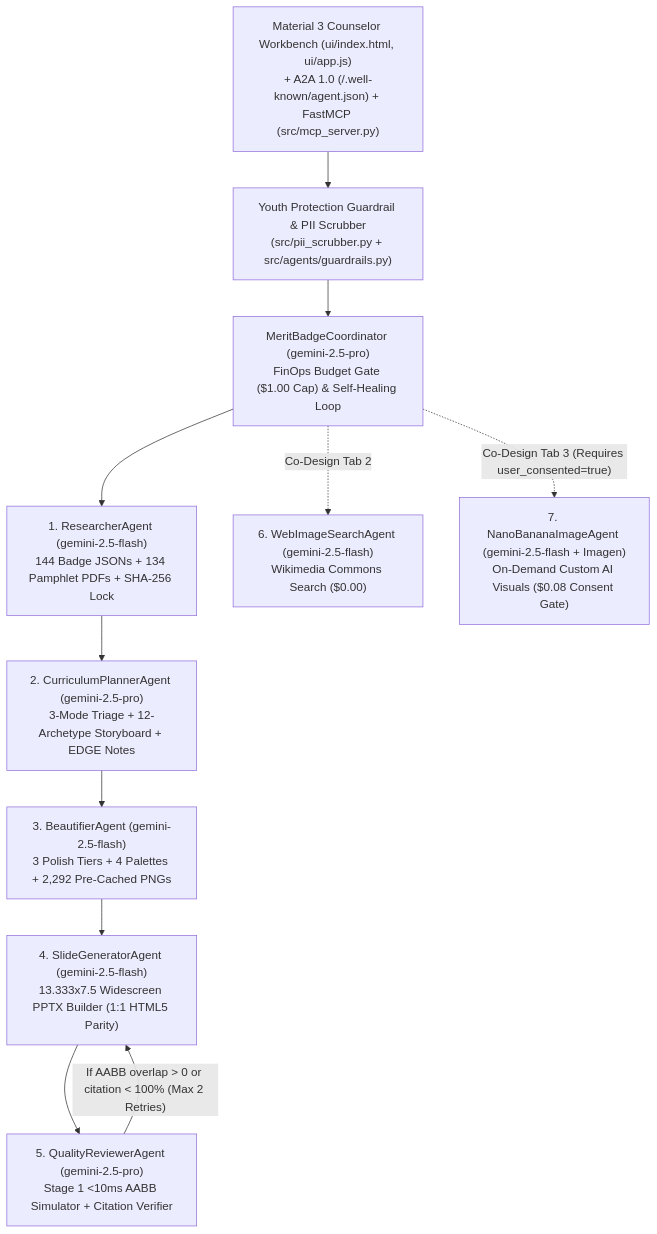
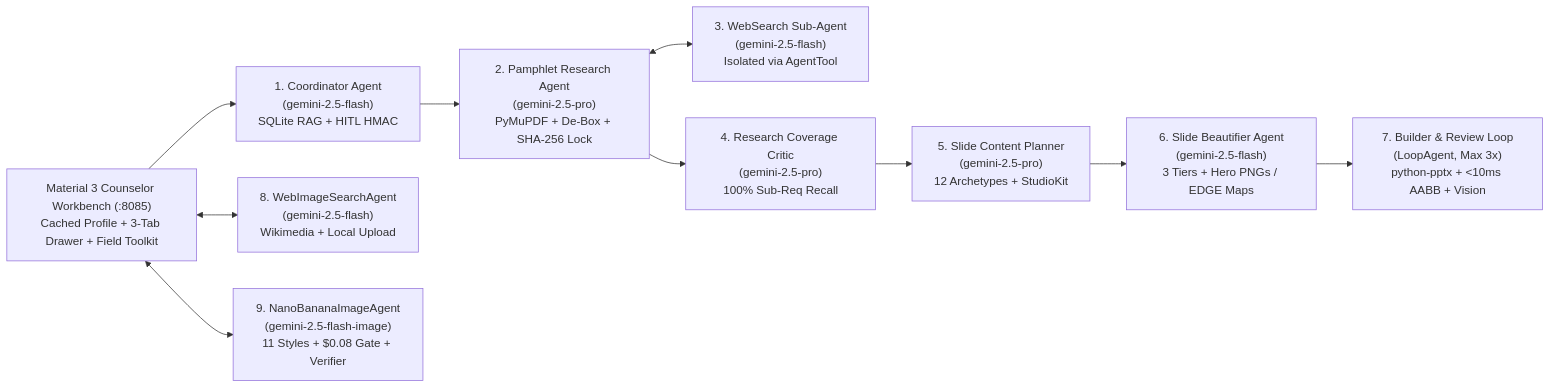
One commit to clayberg/scouts-bsa-merit-badge-agent changed the diagram in docs/TDD.md. Above: the diagram before and after it, drawn with Mermaid. The commit also changed other lines of this file and 14 other files, not shown here.

````diff
--- a/docs/TDD.md
+++ b/docs/TDD.md
@@ -25,20 +68,12 @@
 ```mermaid
-flowchart TD
-    UI["Material 3 Counselor Workbench (ui/index.html, ui/app.js)\n+ A2A 1.0 (/.well-known/agent.json) + FastMCP (src/mcp_server.py)"]
-    GUARD["Youth Protection Guardrail & PII Scrubber\n(src/pii_scrubber.py + src/agents/guardrails.py)"]
-    COORD["MeritBadgeCoordinator (gemini-2.5-pro)\nFinOps Budget Gate ($1.00 Cap) & Self-Healing Loop"]
-
-    RES["1. ResearcherAgent (gemini-2.5-flash)\n144 Badge JSONs + 134 Pamphlet PDFs + SHA-256 Lock"]
-    PLAN["2. CurriculumPlannerAgent (gemini-2.5-pro)\n3-Mode Triage + 12-Archetype Storyboard + EDGE Notes"]
-    BEAUT["3. BeautifierAgent (gemini-2.5-flash)\n3 Polish Tiers + 4 Palettes + 2,292 Pre-Cached PNGs"]
-    SLIDE["4. SlideGeneratorAgent (gemini-2.5-flash)\n13.333x7.5 Widescreen PPTX Builder (1:1 HTML5 Parity)"]
-    REV["5. QualityReviewerAgent (gemini-2.5-pro)\nStage 1 <10ms AABB Simulator + Citation Verifier"]
-    WEBIMG["6. WebImageSearchAgent (gemini-2.5-flash)\nWikimedia Commons Search ($0.00)"]
-    NANO["7. NanoBananaImageAgent (gemini-2.5-flash + Imagen)\nOn-Demand Custom AI Visuals ($0.08 Consent Gate)"]
-
-    UI --> GUARD --> COORD
-    COORD --> RES --> PLAN --> BEAUT --> SLIDE --> REV
-    REV -- "If AABB overlap > 0 or citation < 100% (Max 2 Retries)" --> SLIDE
-    COORD -. "Co-Design Tab 2" .-> WEBIMG
-    COORD -. "Co-Design Tab 3 (Requires user_consented=true)" .-> NANO
+flowchart LR
+    UI["Material 3 Counselor Workbench (:8085)\nCached Profile + 3-Tab Drawer + Field Toolkit"] --> COORD["1. Coordinator Agent\n(gemini-2.5-flash)\nSQLite RAG + HITL HMAC"]
+    COORD --> RES["2. Pamphlet Research Agent\n(gemini-2.5-pro)\nPyMuPDF + De-Box + SHA-256 Lock"]
+    RES <--> SEARCH["3. WebSearch Sub-Agent\n(gemini-2.5-flash)\nIsolated via AgentTool"]
+    RES --> RCRIT["4. Research Coverage Critic\n(gemini-2.5-pro)\n100% Sub-Req Recall"]
+    RCRIT --> PLAN["5. Slide Content Planner\n(gemini-2.5-pro)\n12 Archetypes + StudioKit"]
+    PLAN --> BEAUT["6. Slide Beautifier Agent\n(gemini-2.5-flash)\n3 Tiers + Hero PNGs / EDGE Maps"]
+    BEAUT --> LOOP["7. Builder & Review Loop\n(LoopAgent, Max 3x)\npython-pptx + <10ms AABB + Vision"]
+    UI <--> IMG_WEB["8. WebImageSearchAgent\n(gemini-2.5-flash)\nWikimedia + Local Upload"]
+    UI <--> IMG_AI["9. NanoBananaImageAgent\n(gemini-2.5-flash-image)\n11 Styles + $0.08 Gate + Verifier"]
 ```
````
